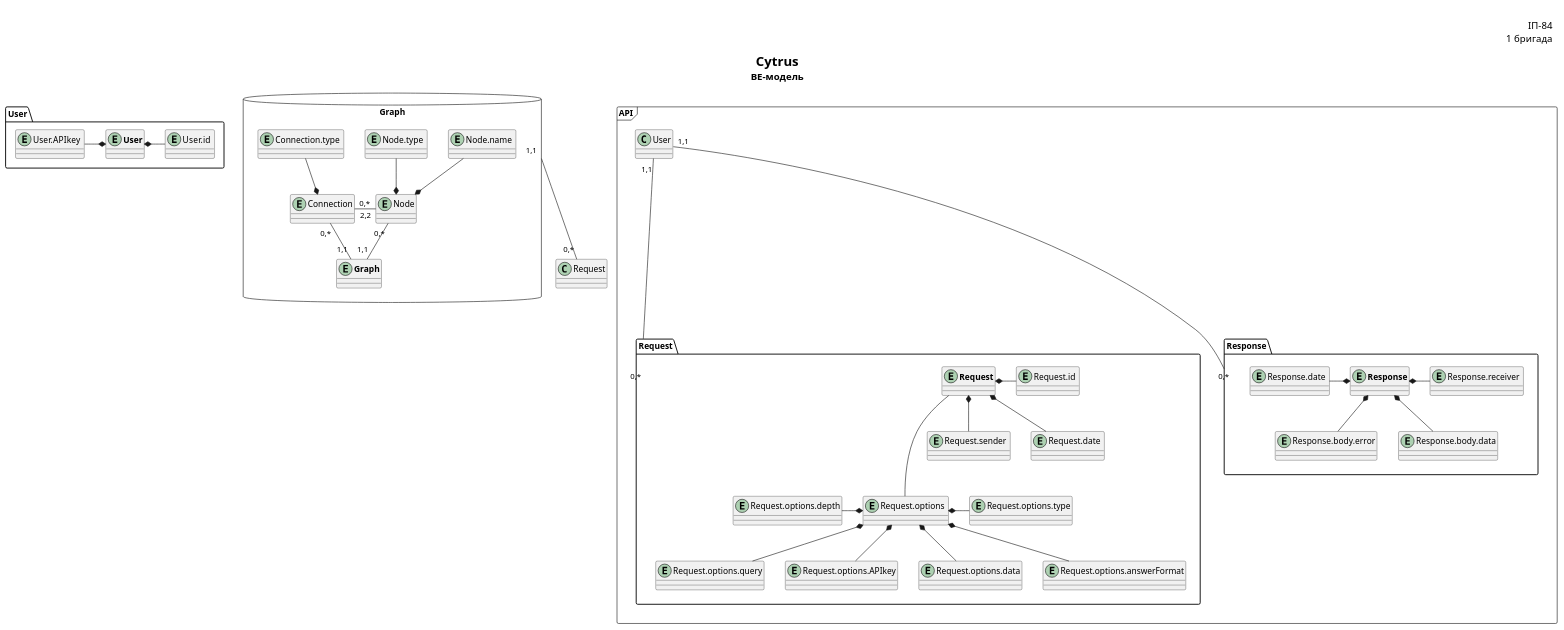
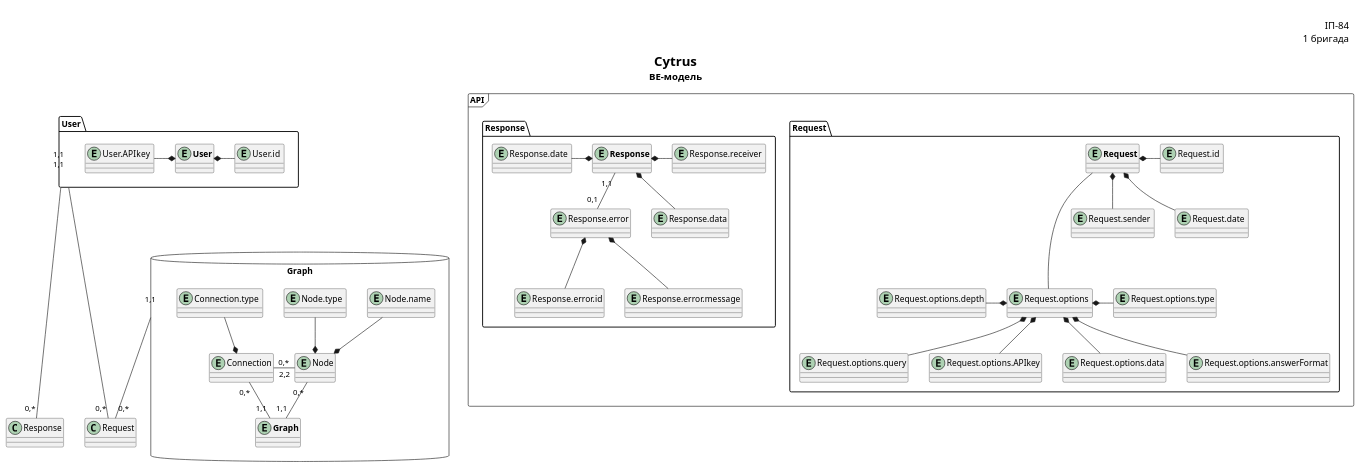
Before and after one commit to NeProgramist/Cytrus: the diagram in doc/uml/BE_model.puml, drawn with PlantUML.

Commit message:
add error description

```diff
--- a/doc/uml/BE_model.puml
+++ b/doc/uml/BE_model.puml
@@ -1,86 +1,91 @@
 @startuml
 title
   <font size=22 color=black><b>Cytrus</b>
   <font size=16 color=black>BE-модель
 end title
 
 right header
 <font color=fff size=16>Павлов підор
 <font color=000 size=16>ІП-84
 <font color=000 size=16>1 бригада
 end header
 
 package User {
     entity "<b>User" as User
     entity "User.id " as UserId
     entity "User.APIkey " as UserKey
     User *- UserId
     UserKey -* User
 }
 
 package Graph <<Database>> {
     entity Node
     entity "Node.name " as nodeName
     entity "Node.type " as nodeType
     nodeName --* Node
     nodeType --* Node
 
     entity Connection
     entity "Connection.type " as ConnectionType
     ConnectionType --* Connection
     Node "2,2" -l- "0,*" Connection
 
     entity "<b>Graph" as Graph
     Node "0,*" -- "1,1" Graph
     Connection "0,*" -- "1,1" Graph
 }
 
 package API <<Frame>> {
     package Request {
     entity "<b>Request" as Request
     entity "Request.sender " as RequestSender
     entity "Request.options " as RequestOptions
     entity "Request.id " as RequestId
     entity "Request.date " as RequestDate
 
     Request *-- RequestSender
     Request *- RequestId
     Request --- RequestOptions
     Request *-- RequestDate
 
     entity "Request.options.depth" as RequestOptionsDepth
     entity "Request.options.query" as RequestOptionsQuery
     entity "Request.options.APIkey" as RequestOptionsKey
     entity "Request.options.type" as RequestOptionsType
     entity "Request.options.data" as RequestOptionsData
     entity "Request.options.answerFormat" as RequestOptionsAnswerFormat
 
     RequestOptions *-- RequestOptionsAnswerFormat
     RequestOptionsDepth -* RequestOptions
     RequestOptions *-- RequestOptionsKey
     RequestOptions *-- RequestOptionsQuery
     RequestOptions *- RequestOptionsType
     RequestOptions *-- RequestOptionsData
     }
 
     package Response {
         entity "<b>Response" as Response
         entity "Response.date " as ResponseDate
         entity "Response.receiver " as ResponseReceiver
 
+
         ResponseDate -* Response
         Response *- ResponseReceiver
 
-        entity "Response.body.error" as ResponseBodyError
-        entity "Response.body.data" as ResponseBodyData
+        entity "Response.error" as ResponseError
+        entity "Response.error.id" as ResponseErrorId
+        entity "Response.error.message" as ResponseErrorMsg
+        entity "Response.data" as ResponseData
 
-        Response *-- ResponseBodyData
-        Response *-- ResponseBodyError
+        Response *-- ResponseData
+        Response "1,1" -- "0,1" ResponseError
+        ResponseError *-- ResponseErrorId
+        ResponseError *-- ResponseErrorMsg
     }
-
-    User "1,1"  ----- "0,*" Response
-    User "1,1" ----- "0,*" Request
 }
 
+User "1,1"  ----- "0,*" Response
+User "1,1" ----- "0,*" Request
 Graph "1,1" --- "0,*" Request
+
 @enduml
```
